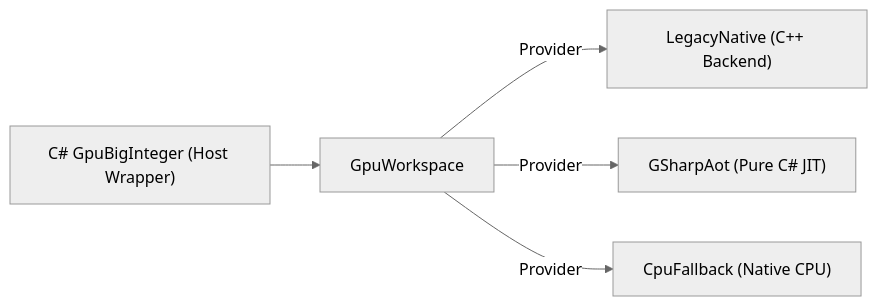
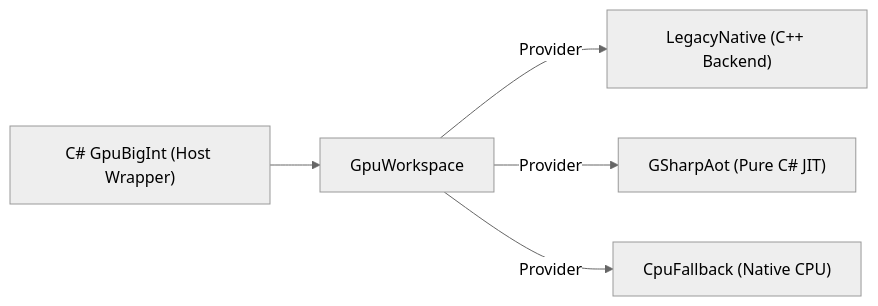
Before and after one commit to kassyi/Henicos: the first of 3 diagrams in docs/spec/en/02_architecture/04_bignum_internals.md, drawn with Mermaid (neutral theme). The commit also changed other lines of this file and 358 other files, not shown here.

````diff
--- a/docs/spec/en/02_architecture/04_bignum_internals.md
+++ b/docs/spec/en/02_architecture/04_bignum_internals.md
@@ -205,7 +205,7 @@
 ```mermaid
 flowchart LR
-    Host["C# GpuBigInteger (Host Wrapper)"] --> Context["GpuWorkspace"]
+    Host["C# GpuBigInt (Host Wrapper)"] --> Context["GpuWorkspace"]
     Context -->|Provider| Native["LegacyNative (C++ Backend)"]
     Context -->|Provider| AOT["GSharpAot (Pure C# JIT)"]
     Context -->|Provider| CPU["CpuFallback (Native CPU)"]
 ```
````
